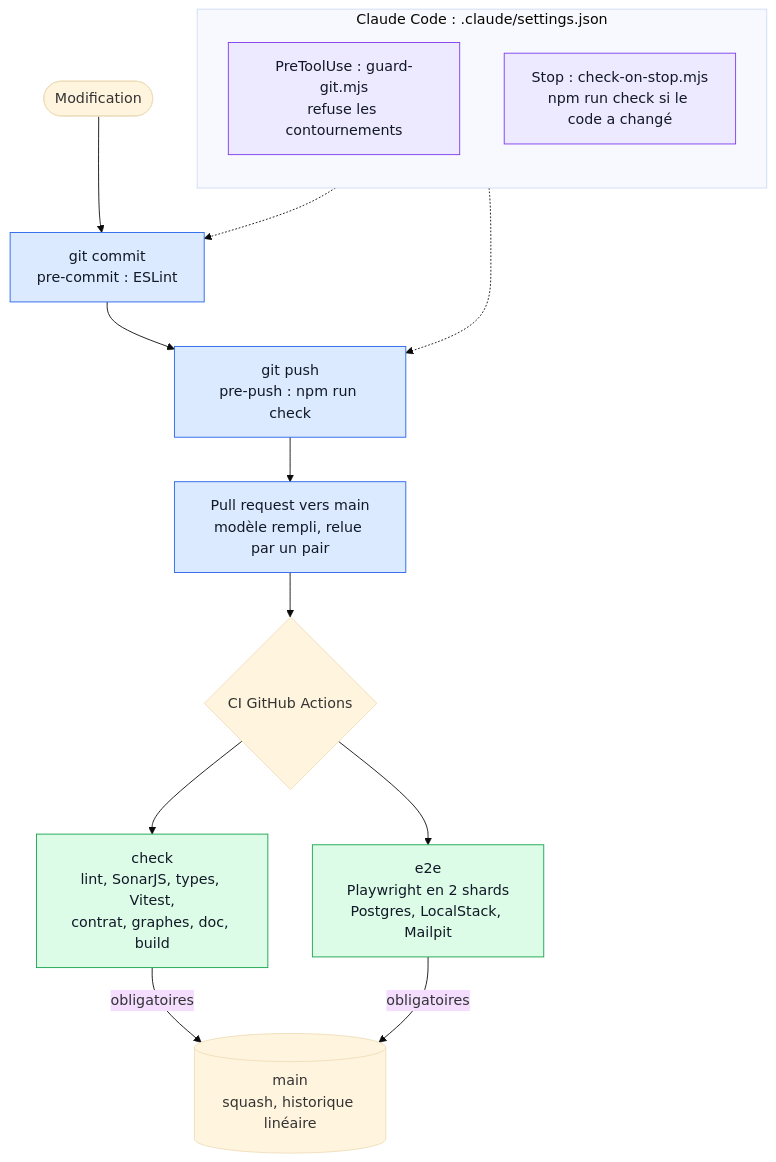
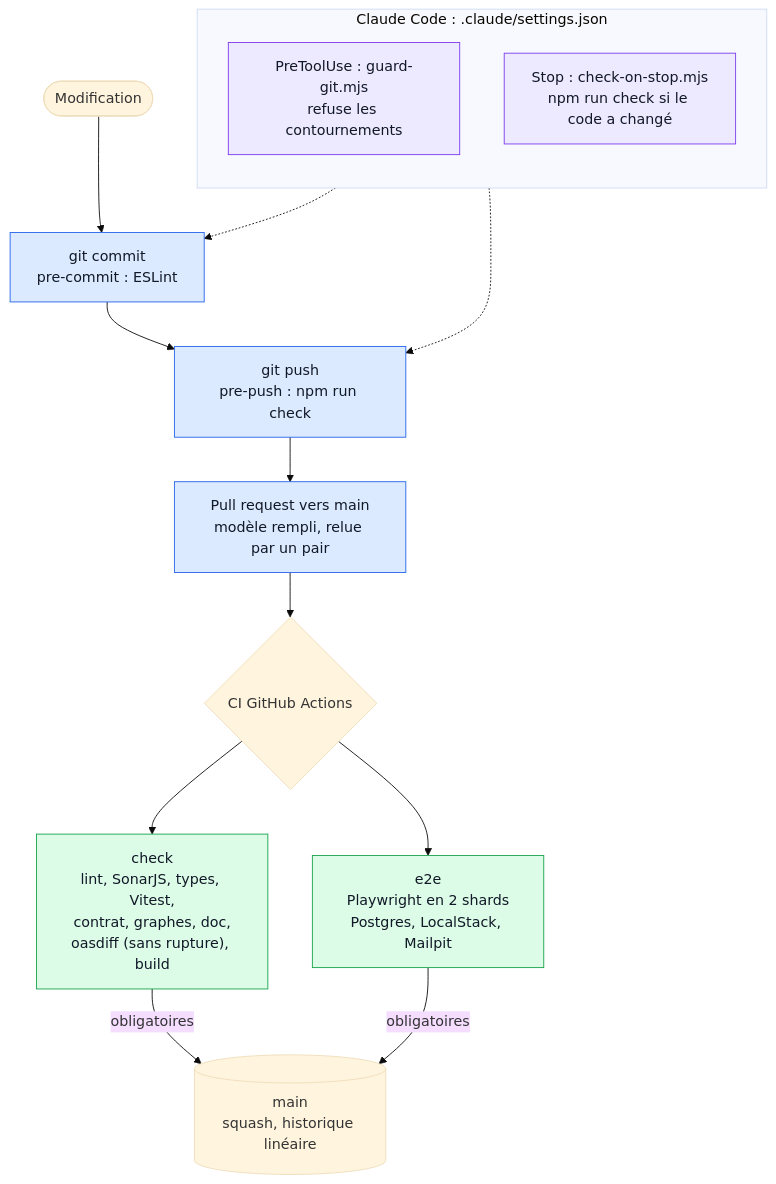
Before and after one commit to 2-MORGAN/expense-io: the diagram in docs/architecture/vues/harnais.mmd, drawn with Mermaid (base theme). The commit also changed 7 other files, not shown here.

First line of the commit message:
docs: page des développeurs à jour de la #39, Mermaid avec empreinte SRI, tables renommées suivies (WS5)

```diff
--- a/docs/architecture/vues/harnais.mmd
+++ b/docs/architecture/vues/harnais.mmd
@@ -1,31 +1,31 @@
 flowchart TB
   %% Vue écrite à la main : la modifier ici, npm run generate:architecture la recopie dans docs/index.html.
   %% À tenir à jour avec le code (CLAUDE.md, « Documentation développeur »).
 
   change(["Modification"])
   commit["git commit<br/>pre-commit : ESLint"]
   push["git push<br/>pre-push : npm run check"]
   pr["Pull request vers main<br/>modèle rempli, relue par un pair"]
   ci{"CI GitHub Actions"}
-  checkJob["check<br/>lint, SonarJS, types, Vitest,<br/>contrat, graphes, doc, build"]
+  checkJob["check<br/>lint, SonarJS, types, Vitest,<br/>contrat, graphes, doc,<br/>oasdiff (sans rupture), build"]
   e2eJob["e2e<br/>Playwright en 2 shards<br/>Postgres, LocalStack, Mailpit"]
   mainBranch[("main<br/>squash, historique linéaire")]
 
   subgraph claude["Claude Code : .claude/settings.json"]
     direction TB
     guardHook["PreToolUse : guard-git.mjs<br/>refuse les contournements"]
     stopHook["Stop : check-on-stop.mjs<br/>npm run check si le code a changé"]
   end
 
   change --> commit --> push --> pr --> ci
   ci --> checkJob & e2eJob
   checkJob & e2eJob -->|"obligatoires"| mainBranch
   guardHook -.-> commit
   stopHook -.-> push
 
   classDef local fill:#dbeafe,stroke:#2563eb,color:#111827
   classDef ciJob fill:#dcfce7,stroke:#16a34a,color:#111827
   classDef hook fill:#ede9fe,stroke:#7c3aed,color:#111827
   class commit,push,pr local
   class checkJob,e2eJob ciJob
   class guardHook,stopHook hook
```
